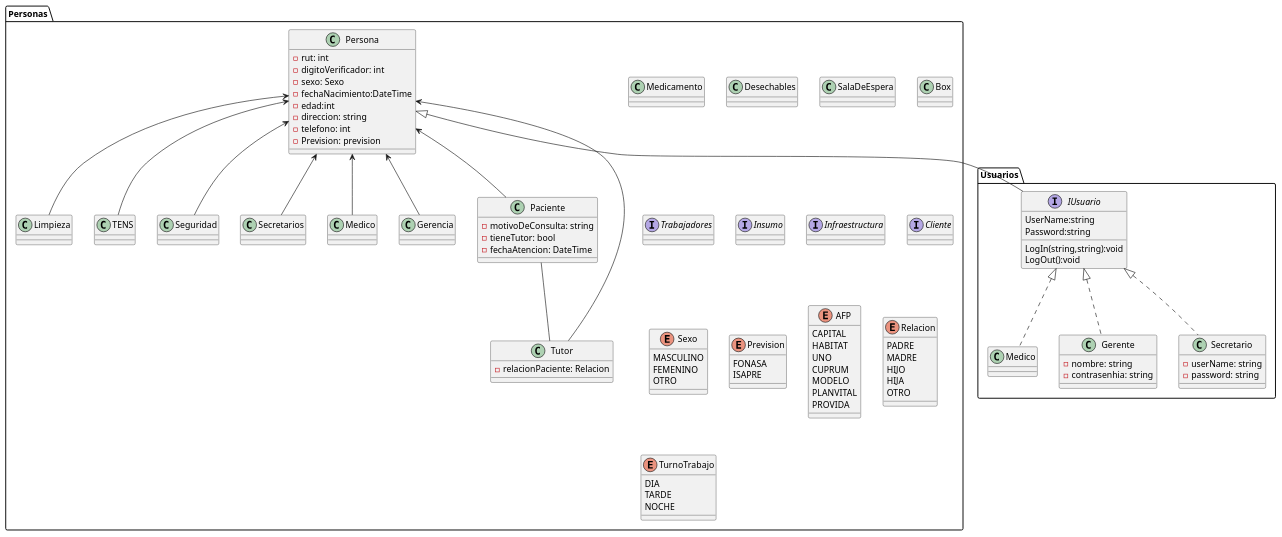
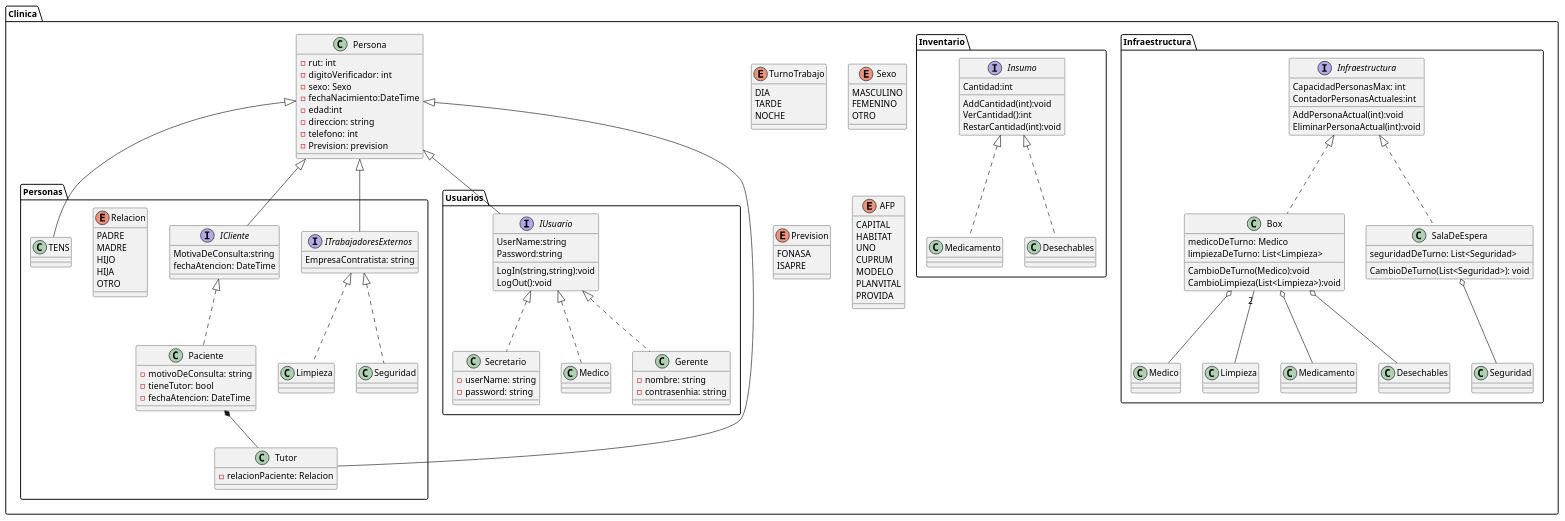
Before and after one commit to ecadiz123/ProyectoAvaloniaProgra2: the diagram in consultorio.puml, drawn with PlantUML.

Commit message:
UML avance

```diff
--- a/consultorio.puml
+++ b/consultorio.puml
@@ -1,107 +1,158 @@
 @startuml clinicaApp
-package Personas
+package Clinica
 {
     class Persona{
-    - rut: int
-    - digitoVerificador: int
-    - sexo: Sexo
-    - fechaNacimiento:DateTime
-    - edad:int
-    - direccion: string
-    - telefono: int 
-    - Prevision: prevision
-}
-class Paciente{
-    - motivoDeConsulta: string 
-    - tieneTutor: bool
-    - fechaAtencion: DateTime
-}
-class Tutor{
-    - relacionPaciente: Relacion
-}
-class Limpieza{}
+        - rut: int
+        - digitoVerificador: int
+        - sexo: Sexo
+        - fechaNacimiento:DateTime
+        - edad:int
+        - direccion: string
+        - telefono: int
+        - Prevision: prevision
+    }
+    enum TurnoTrabajo{
+        DIA
+        TARDE
+        NOCHE
+    }
+    enum Sexo{
+        MASCULINO
+        FEMENINO
+        OTRO
+    }
+    enum Prevision{
+        FONASA
+        ISAPRE
+    }
 
-class Medicamento {}
-class Desechables {}
-class SalaDeEspera {}
-class Box{}
-class TENS{}
-class Seguridad{}
+    enum AFP{
+        CAPITAL
+        HABITAT
+        UNO
+        CUPRUM
+        MODELO
+        PLANVITAL
+        PROVIDA
+    }
+    package Infraestructura
+    {
+        interface Infraestructura{
+            CapacidadPersonasMax: int
+            ContadorPersonasActuales:int
+            AddPersonaActual(int):void
+            EliminarPersonaActual(int):void
+        }
+        class Box{
+            medicoDeTurno: Medico
+            limpiezaDeTurno: List<Limpieza>
+            CambioDeTurno(Medico):void
+            CambioLimpieza(List<Limpieza>):void
+        }
+        class SalaDeEspera {
+            seguridadDeTurno: List<Seguridad>
+            CambioDeTurno(List<Seguridad>): void
+        }
+        'Agregacion
+        Box o-- Medico
+        SalaDeEspera o-- Seguridad
+        'Asociacion
+        Box "2" -- Limpieza
+        'Composicion
+        Box o-- Medicamento
+        Box o-- Desechables
+        'Interfaz
+        Infraestructura<|.. Box
+        Infraestructura<|.. SalaDeEspera
 
-interface Trabajadores{}
-interface Insumo {}
-interface Infraestructura{}
-interface Cliente{}
+    }
+    package Inventario
+    {
 
-enum Sexo{
-    MASCULINO
-    FEMENINO
-    OTRO
-}
-enum Prevision{
-    FONASA
-    ISAPRE
-}
+        interface Insumo {
+            Cantidad:int
+            AddCantidad(int):void
+            VerCantidad():int
+            RestarCantidad(int):void
+        }
+        class Medicamento {}
+        class Desechables {}
+        'Interfaz
+        Insumo<|.. Medicamento
+        Insumo<|.. Desechables
+    }
+    package Personas
+    {
 
-enum AFP{
-    CAPITAL
-    HABITAT
-    UNO
-    CUPRUM
-    MODELO
-    PLANVITAL
-    PROVIDA
-}
-enum Relacion{
-    PADRE
-    MADRE
-    HIJO
-    HIJA
-    OTRO
-}
-enum TurnoTrabajo{
-    DIA
-    TARDE
-    NOCHE
-}
 
-'Relaciones 
-'Herencias
-Persona<-- Paciente 
-Persona<-- Secretarios 
-Persona<-- Limpieza 
-Persona<-- Medico 
-Persona<-- Gerencia 
-Persona<-- Seguridad 
-Persona<-- Tutor
-Persona<-- TENS
-'Asociaciones
-Paciente -- Tutor
-}
-package Usuarios
-{
-    interface IUsuario
+        class Paciente{
+            - motivoDeConsulta: string
+            - tieneTutor: bool
+            - fechaAtencion: DateTime
+        }
+        class Tutor{
+            - relacionPaciente: Relacion
+        }
+        class Limpieza{}
+
+        class Seguridad{
+        }
+
+        interface ITrabajadoresExternos{
+            EmpresaContratista: string
+        }
+        interface ICliente{
+            MotivaDeConsulta:string
+            fechaAtencion: DateTime
+        }
+
+        enum Relacion{
+            PADRE
+            MADRE
+            HIJO
+            HIJA
+            OTRO
+        }
+
+        'Relaciones
+        'Herencias
+        Persona<|-- Tutor
+        Persona<|-- TENS
+        'Composicion
+        Paciente *-- Tutor
+        'Interfaces
+        Persona<|-- ITrabajadoresExternos
+        Persona<|-- ICliente
+        ICliente<|.. Paciente
+        ITrabajadoresExternos<|.. Limpieza
+        ITrabajadoresExternos<|.. Seguridad
+    }
+    package Usuarios
     {
-        LogIn(string,string):void
-        LogOut():void
-        UserName:string
-        Password:string
+        interface IUsuario
+        {
+            LogIn(string,string):void
+            LogOut():void
+            UserName:string
+            Password:string
         }
-    class Secretario{
-        -userName: string
-        -password: string
-    } 
-    class Medico{}
+        class Secretario{
+            -userName: string
+            -password: string
+        }
 
-    class Gerente
-    {
-        -nombre: string
-        -contrasenhia: string
-        
+        class Medico{}
+
+        class Gerente
+        {
+            -nombre: string
+            -contrasenhia: string
+
+        }
+        Persona <|-- IUsuario
+        IUsuario<|.. Secretario
+        IUsuario<|.. Gerente
+        IUsuario<|.. Medico
     }
-    Persona <|-- IUsuario
-    IUsuario<|.. Secretario
-    IUsuario<|.. Gerente
-    IUsuario<|.. Medico
 }
 @enduml
```
